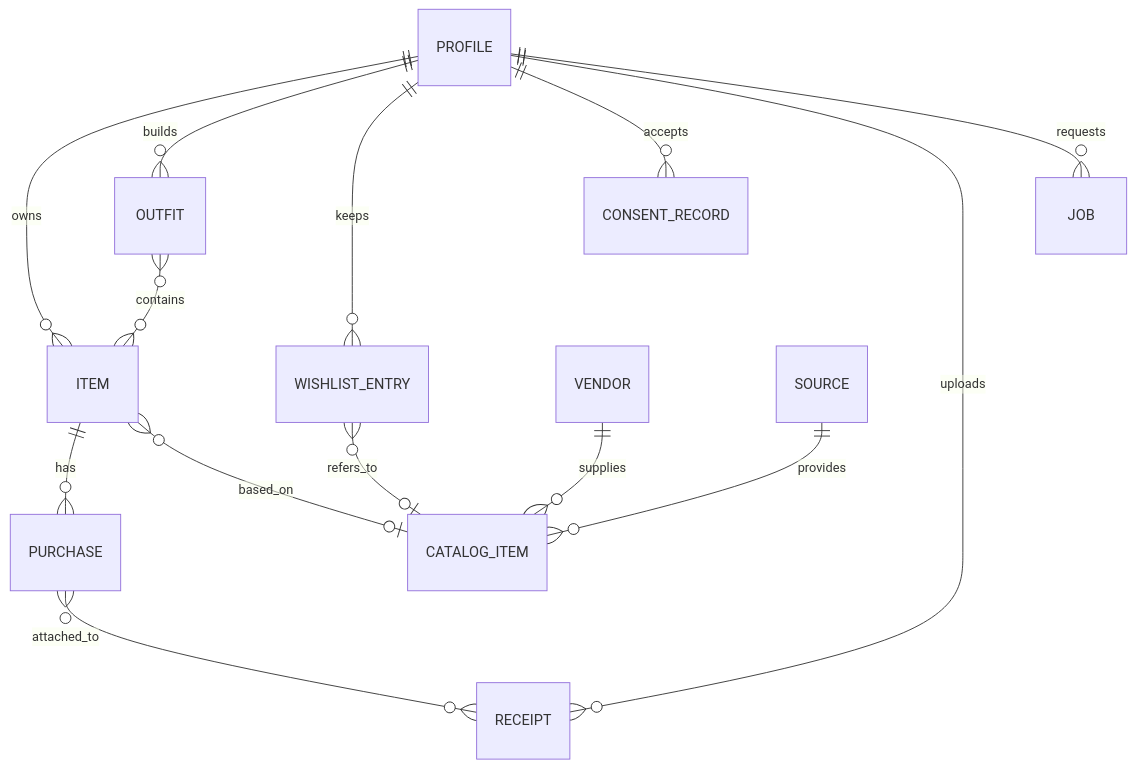
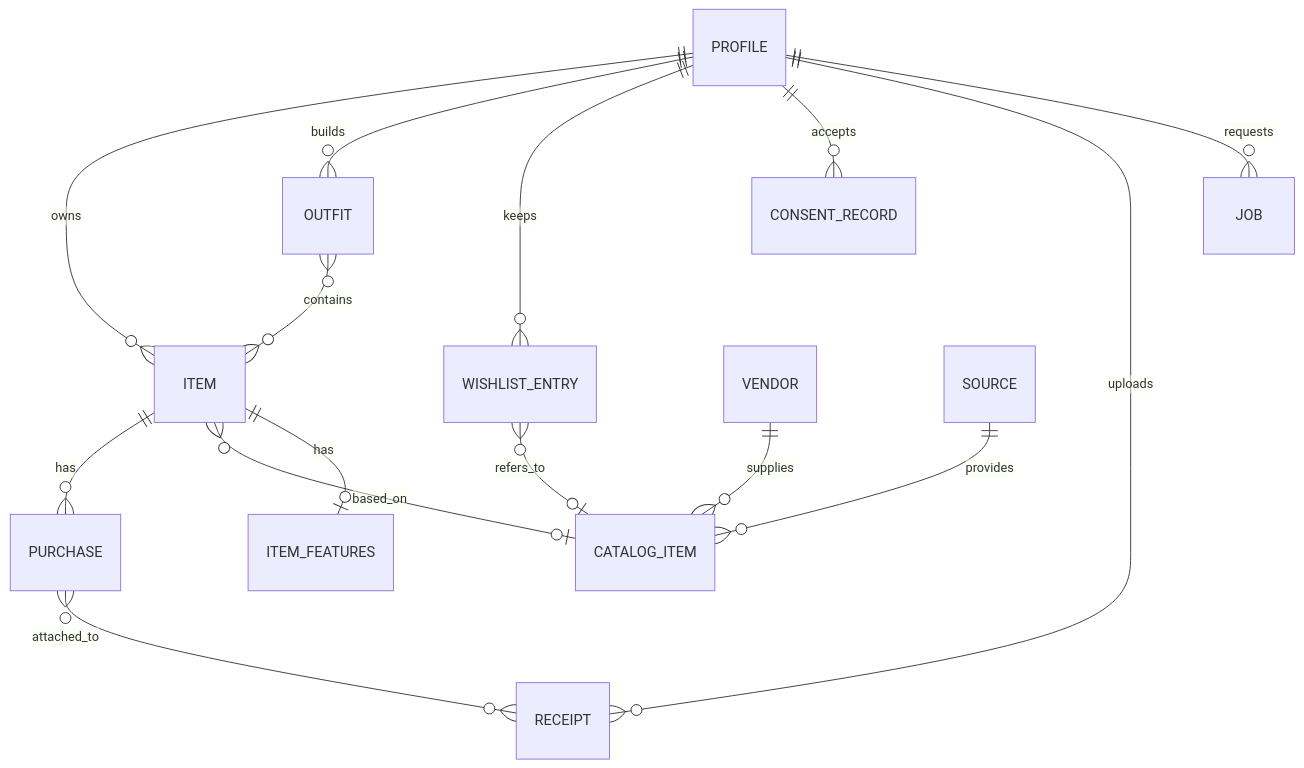
The fifth of 5 diagrams in docs/HLD.md (ambarishsengupta/sparta), drawn with Mermaid before and after one commit. The commit also changed other lines of this file and 10 other files, not shown here.

````diff
--- a/docs/HLD.md
+++ b/docs/HLD.md
@@ -166,16 +190,17 @@
 ```mermaid
 erDiagram
   PROFILE ||--o{ ITEM : owns
   PROFILE ||--o{ OUTFIT : builds
   PROFILE ||--o{ WISHLIST_ENTRY : keeps
   PROFILE ||--o{ CONSENT_RECORD : accepts
   ITEM ||--o{ PURCHASE : has
   PROFILE ||--o{ RECEIPT : uploads
   PURCHASE }o--o{ RECEIPT : attached_to
   OUTFIT }o--o{ ITEM : contains
   ITEM }o--o| CATALOG_ITEM : based_on
   WISHLIST_ENTRY }o--o| CATALOG_ITEM : refers_to
   VENDOR ||--o{ CATALOG_ITEM : supplies
   SOURCE ||--o{ CATALOG_ITEM : provides
   PROFILE ||--o{ JOB : requests
+  ITEM ||--o| ITEM_FEATURES : has
 ```
````
